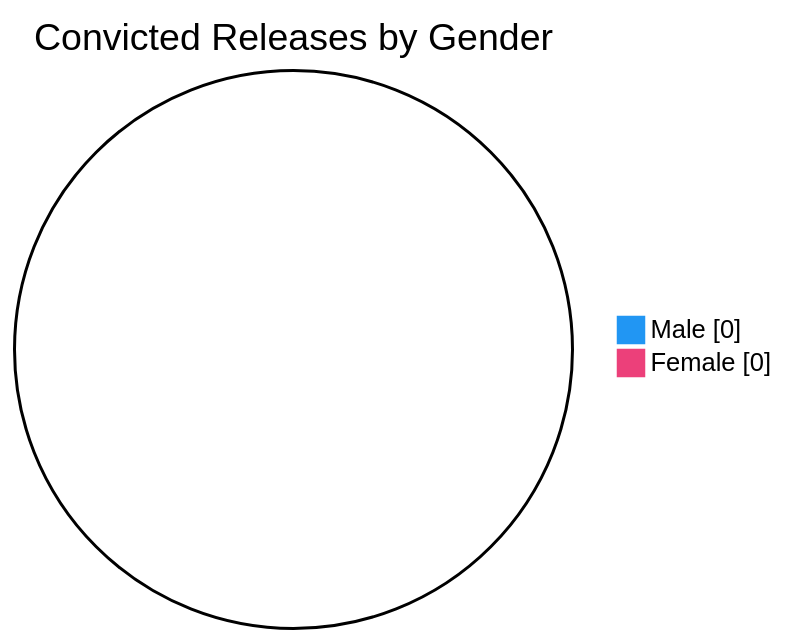
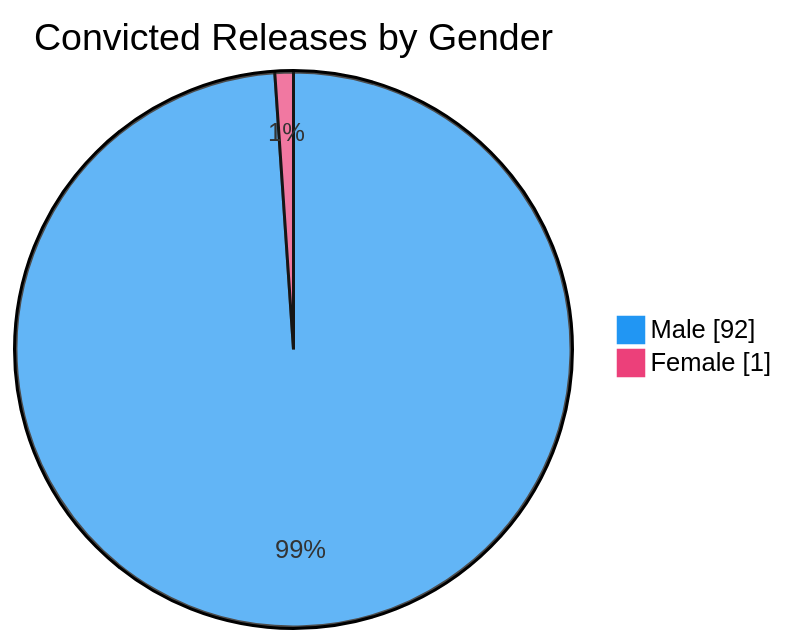
The sixth of 7 diagrams in README.md (nuuuwan/lk_prisons), drawn with Mermaid before and after one commit. The commit also changed other lines of this file and 1 other file, not shown here.

````diff
--- a/README.md
+++ b/README.md
@@ -98,6 +98,6 @@
 ```mermaid
 %%{init: {'themeVariables': {'pie1': '#2196F3', 'pie2': '#EC407A'}}}%%
 pie showData title Convicted Releases by Gender
-    "Male" : 0
-    "Female" : 0
+    "Male" : 92
+    "Female" : 1
 ```
````
